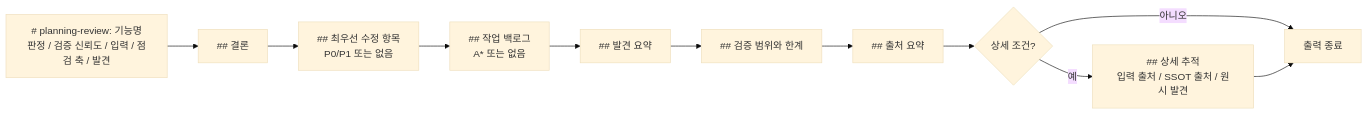
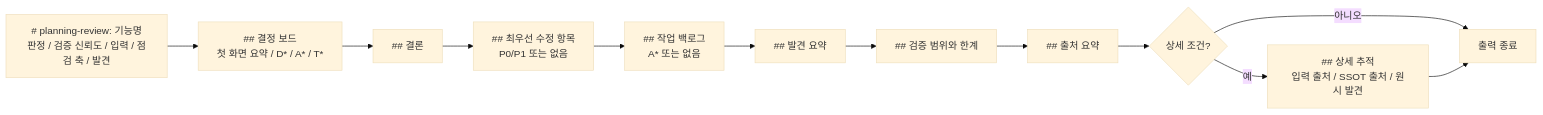
Before and after one commit to inkwonjung-colosseum/plugins: the sixth of 8 diagrams in planning-kit/docs/planning-review-workflow.md, drawn with Mermaid (base theme). The commit also changed other lines of this file and 33 other files, not shown here.

````diff
--- a/planning-kit/docs/planning-review-workflow.md
+++ b/planning-kit/docs/planning-review-workflow.md
@@ -169,14 +170,15 @@
 ```mermaid
 flowchart LR
   H["# planning-review: 기능명<br/>판정 / 검증 신뢰도 / 입력 / 점검 축 / 발견"]
-  H --> C[## 결론]
+  H --> DB["## 결정 보드<br/>첫 화면 요약 / D* / A* / T*"]
+  DB --> C[## 결론]
   C --> T[## 최우선 수정 항목<br/>P0/P1 또는 없음]
   T --> B[## 작업 백로그<br/>A* 또는 없음]
   B --> S[## 발견 요약]
   S --> L[## 검증 범위와 한계]
   L --> SRC[## 출처 요약]
   SRC --> D{상세 조건?}
   D -->|예| DT["## 상세 추적<br/>입력 출처 / SSOT 출처 / 원시 발견"]
   D -->|아니오| FIN[출력 종료]
   DT --> FIN
 ```
````
